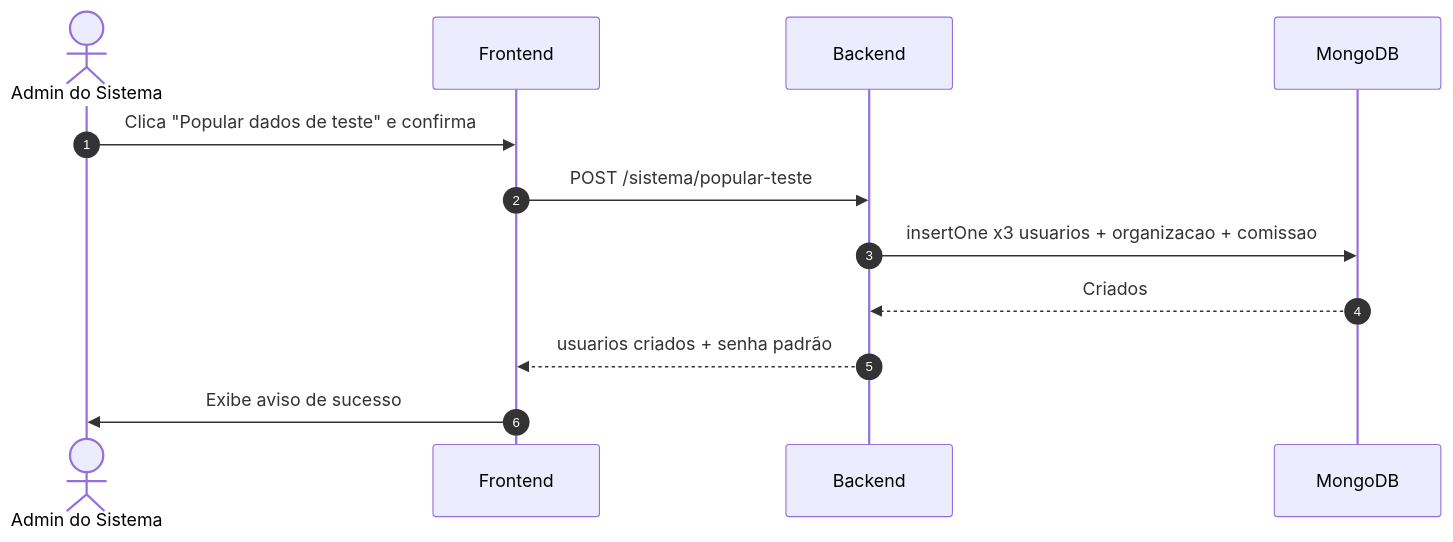
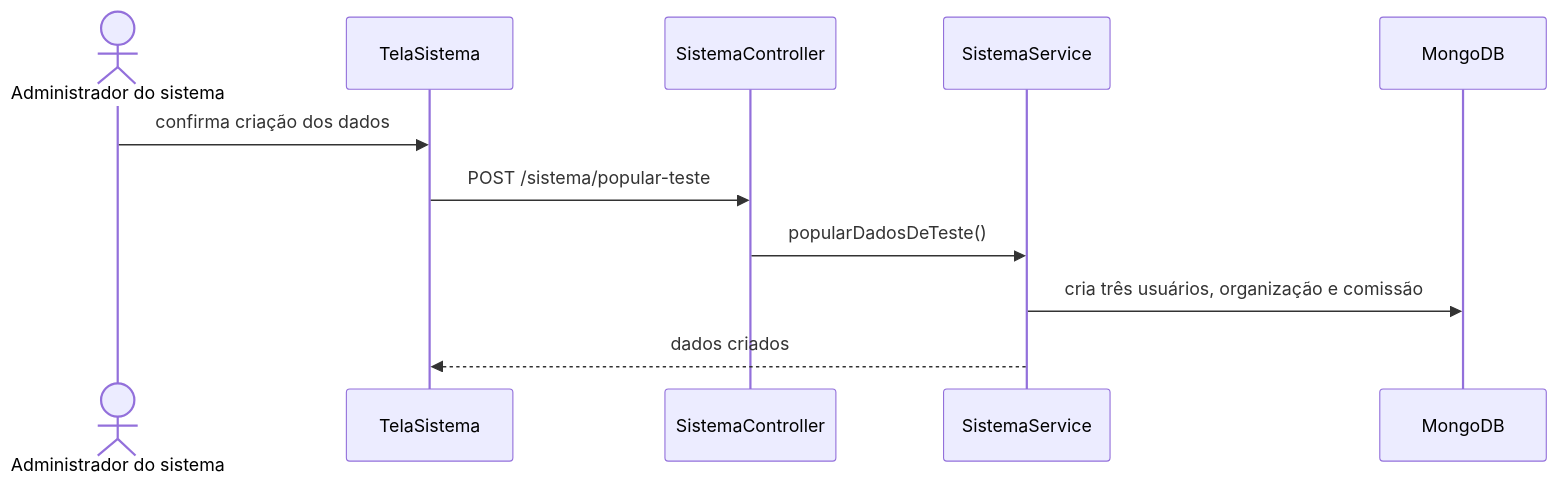
Before and after one commit to Conecta-IFSP/DOCUMENTATION: the third of 4 diagrams in 2 - Incremento1/informacao-sistemas/6 - diagramas-sequencia-sistema.md, drawn with Mermaid. The commit also changed other lines of this file and 43 other files, not shown here.

````diff
--- a/2 - Incremento1/informacao-sistemas/6 - diagramas-sequencia-sistema.md
+++ b/2 - Incremento1/informacao-sistemas/6 - diagramas-sequencia-sistema.md
@@ -42,15 +40,13 @@
 ```mermaid
 sequenceDiagram
-    autonumber
-    actor Admin as Admin do Sistema
-    participant Front as Frontend
-    participant API as Backend
+    actor A as Administrador do sistema
+    participant T as TelaSistema
+    participant C as SistemaController
+    participant S as SistemaService
     participant DB as MongoDB
-
-    Admin->>Front: Clica "Popular dados de teste" e confirma
-    Front->>API: POST /sistema/popular-teste
-    API->>DB: insertOne x3 usuarios + organizacao + comissao
-    DB-->>API: Criados
-    API-->>Front: usuarios criados + senha padrão
-    Front->>Admin: Exibe aviso de sucesso
+    A->>T: confirma criação dos dados
+    T->>C: POST /sistema/popular-teste
+    C->>S: popularDadosDeTeste()
+    S->>DB: cria três usuários, organização e comissão
+    S-->>T: dados criados
 ```
````
